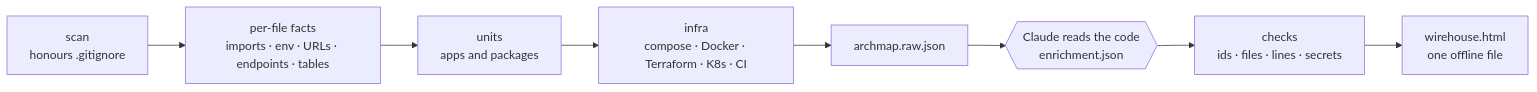
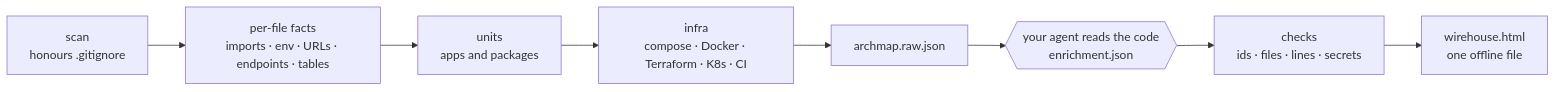
Before and after one commit to creyes-git/wirehouse: the diagram in README.md, drawn with Mermaid. The commit also changed other lines of this file and 17 other files, not shown here.

````diff
--- a/README.md
+++ b/README.md
@@ -221,10 +243,10 @@
 ```mermaid
 flowchart LR
   A[scan<br/>honours .gitignore] --> B[per-file facts<br/>imports · env · URLs · endpoints · tables]
   B --> C[units<br/>apps and packages]
   C --> D[infra<br/>compose · Docker · Terraform · K8s · CI]
   D --> E[archmap.raw.json]
-  E --> F{{Claude reads the code<br/>enrichment.json}}
+  E --> F{{your agent reads the code<br/>enrichment.json}}
   F --> G[checks<br/>ids · files · lines · secrets]
   G --> H[wirehouse.html<br/>one offline file]
 ```
````
